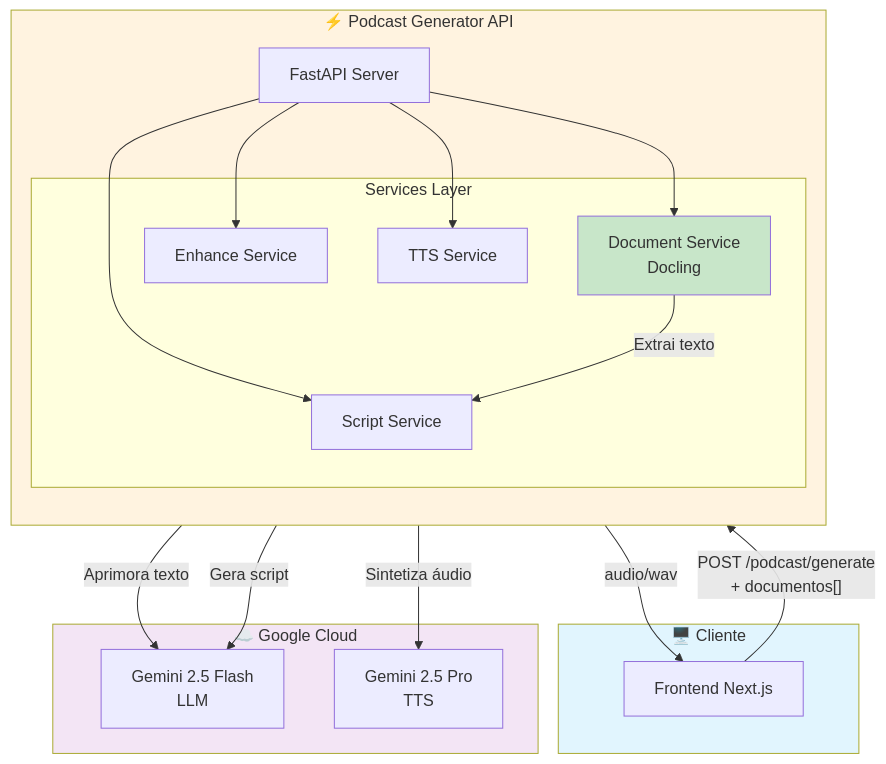
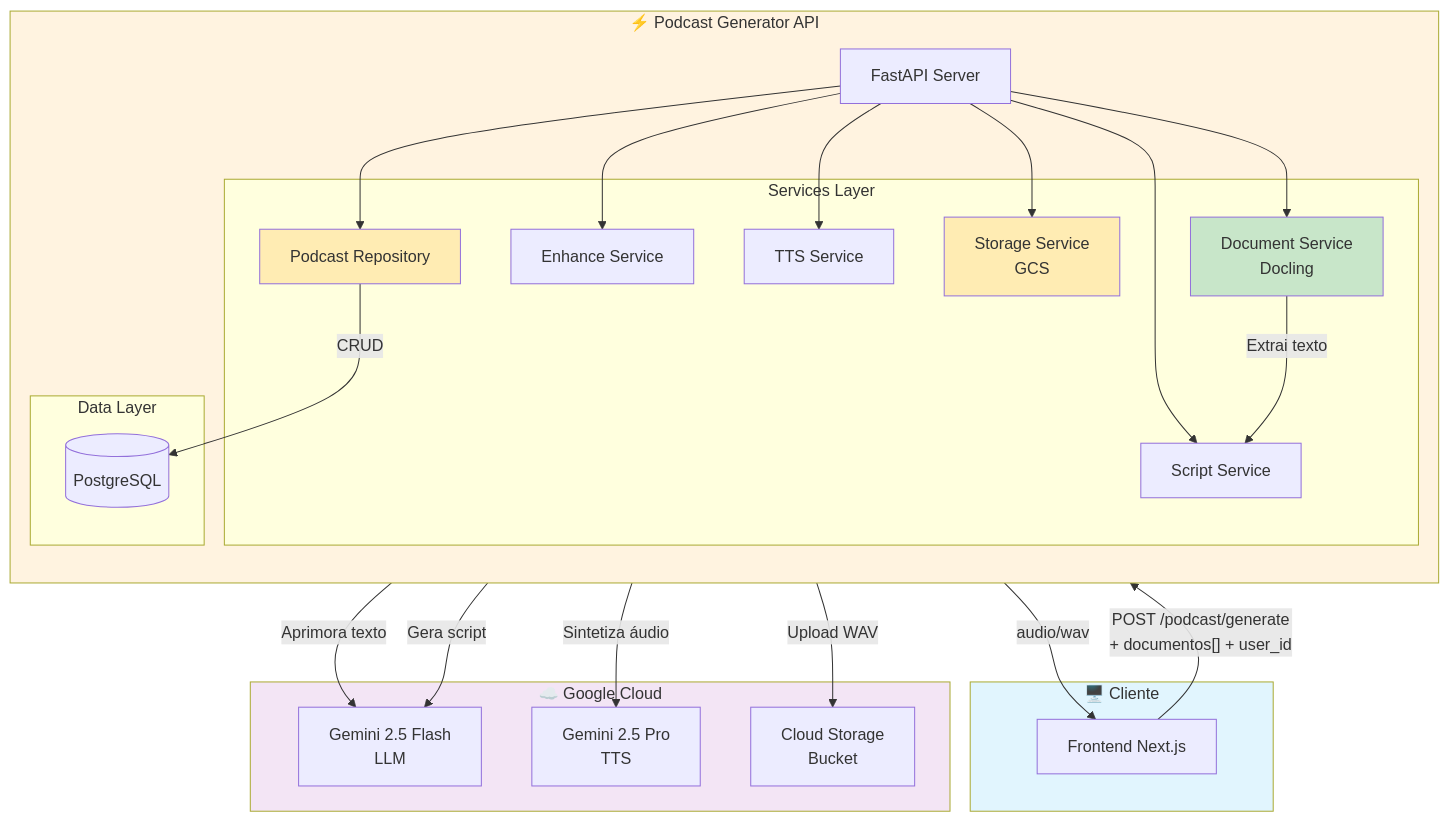
The first of 7 diagrams in README.md (Lucas-Salomao/podcast-api-tts), drawn with Mermaid before and after one commit. The commit also changed other lines of this file, not shown here.

Commit message:
docs: Update README to document the new GCP Cloud Storage and PostgreSQL persistence, along with updated features and architecture, replacing previous flow diagrams.

````diff
--- a/README.md
+++ b/README.md
@@ -52,41 +57,54 @@
 ```mermaid
 flowchart TB
     subgraph Cliente["🖥️ Cliente"]
         FE[Frontend Next.js]
     end
 
     subgraph API["⚡ Podcast Generator API"]
         direction TB
         FAST[FastAPI Server]
         
         subgraph Services["Services Layer"]
             DS[Document Service<br/>Docling]
             ES[Enhance Service]
             SS[Script Service]
             TTS[TTS Service]
+            STORAGE[Storage Service<br/>GCS]
+            REPO[Podcast Repository]
+        end
+        
+        subgraph Database["Data Layer"]
+            DB[(PostgreSQL)]
         end
     end
 
     subgraph External["☁️ Google Cloud"]
         GEMINI_LLM[Gemini 2.5 Flash<br/>LLM]
         GEMINI_TTS[Gemini 2.5 Pro<br/>TTS]
+        GCS[Cloud Storage<br/>Bucket]
     end
 
-    FE -->|"POST /podcast/generate<br/>+ documentos[]"| FAST
+    FE -->|"POST /podcast/generate<br/>+ documentos[] + user_id"| FAST
     FAST --> DS
     FAST --> ES
     FAST --> SS
     FAST --> TTS
+    FAST --> STORAGE
+    FAST --> REPO
     
     DS -->|"Extrai texto"| SS
     ES -->|"Aprimora texto"| GEMINI_LLM
     SS -->|"Gera script"| GEMINI_LLM
     TTS -->|"Sintetiza áudio"| GEMINI_TTS
+    STORAGE -->|"Upload WAV"| GCS
+    REPO -->|"CRUD"| DB
     
     FAST -->|"audio/wav"| FE
 
     style Cliente fill:#e1f5fe
     style API fill:#fff3e0
     style External fill:#f3e5f5
     style DS fill:#c8e6c9
+    style STORAGE fill:#ffecb3
+    style REPO fill:#ffecb3
 ```
````
